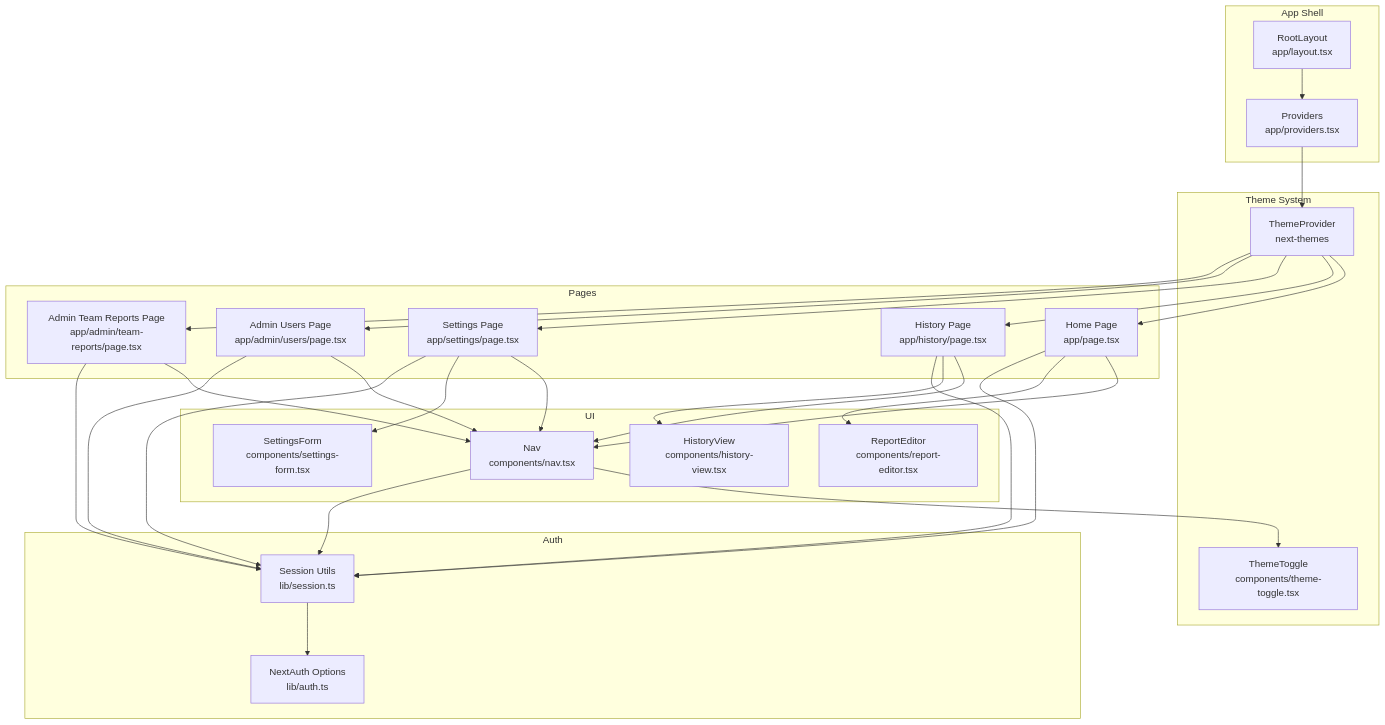
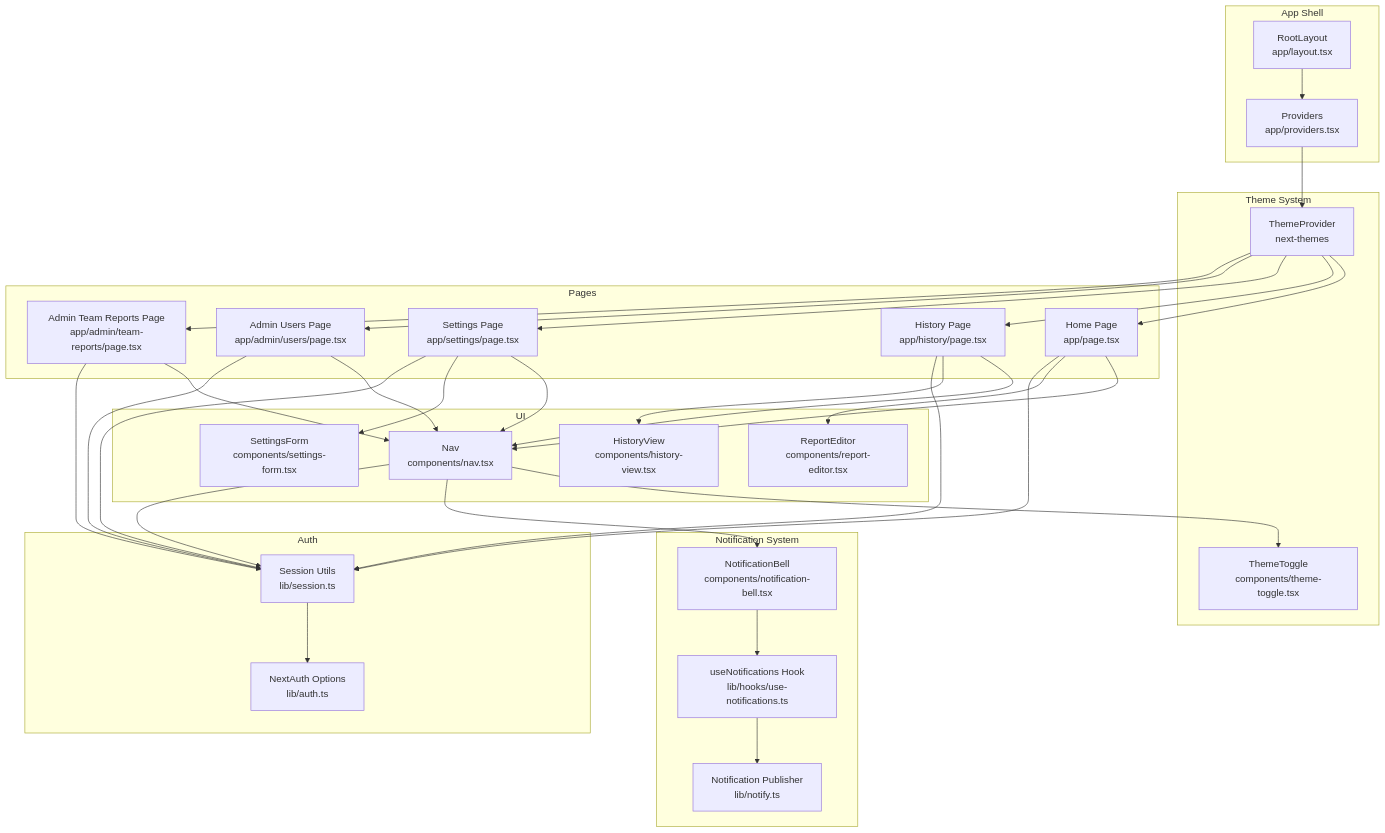
The first of 10 diagrams in .qoder/repowiki/en/content/Frontend Components/Navigation and UI Elements.md (jrj444/git-daily), drawn with Mermaid before and after one commit. The commit also changed other lines of this file and 12 other files, not shown here.

````diff
--- a/.qoder/repowiki/en/content/Frontend Components/Navigation and UI Elements.md
+++ b/.qoder/repowiki/en/content/Frontend Components/Navigation and UI Elements.md
@@ -58,51 +64,59 @@
 ```mermaid
 graph TB
 subgraph "App Shell"
 L["RootLayout<br/>app/layout.tsx"]
 P["Providers<br/>app/providers.tsx"]
 end
 subgraph "Theme System"
 TP["ThemeProvider<br/>next-themes"]
 TT["ThemeToggle<br/>components/theme-toggle.tsx"]
+end
+subgraph "Notification System"
+NB["NotificationBell<br/>components/notification-bell.tsx"]
+UN["useNotifications Hook<br/>lib/hooks/use-notifications.ts"]
+NP["Notification Publisher<br/>lib/notify.ts"]
 end
 subgraph "Pages"
 H["Home Page<br/>app/page.tsx"]
 HI["History Page<br/>app/history/page.tsx"]
 S["Settings Page<br/>app/settings/page.tsx"]
 AU["Admin Users Page<br/>app/admin/users/page.tsx"]
 AT["Admin Team Reports Page<br/>app/admin/team-reports/page.tsx"]
 end
 subgraph "UI"
 N["Nav<br/>components/nav.tsx"]
 RE["ReportEditor<br/>components/report-editor.tsx"]
 HF["HistoryView<br/>components/history-view.tsx"]
 SF["SettingsForm<br/>components/settings-form.tsx"]
 end
 subgraph "Auth"
 AO["NextAuth Options<br/>lib/auth.ts"]
 SESS["Session Utils<br/>lib/session.ts"]
 end
 L --> P
 P --> TP
 TP --> H
 TP --> HI
 TP --> S
 TP --> AU
 TP --> AT
 H --> N
 HI --> N
 S --> N
 AU --> N
 AT --> N
 H --> RE
 HI --> HF
 S --> SF
 N --> TT
+N --> NB
 N --> SESS
 H --> SESS
 HI --> SESS
 S --> SESS
 AU --> SESS
 AT --> SESS
 SESS --> AO
+NB --> UN
+UN --> NP
 ```
````
